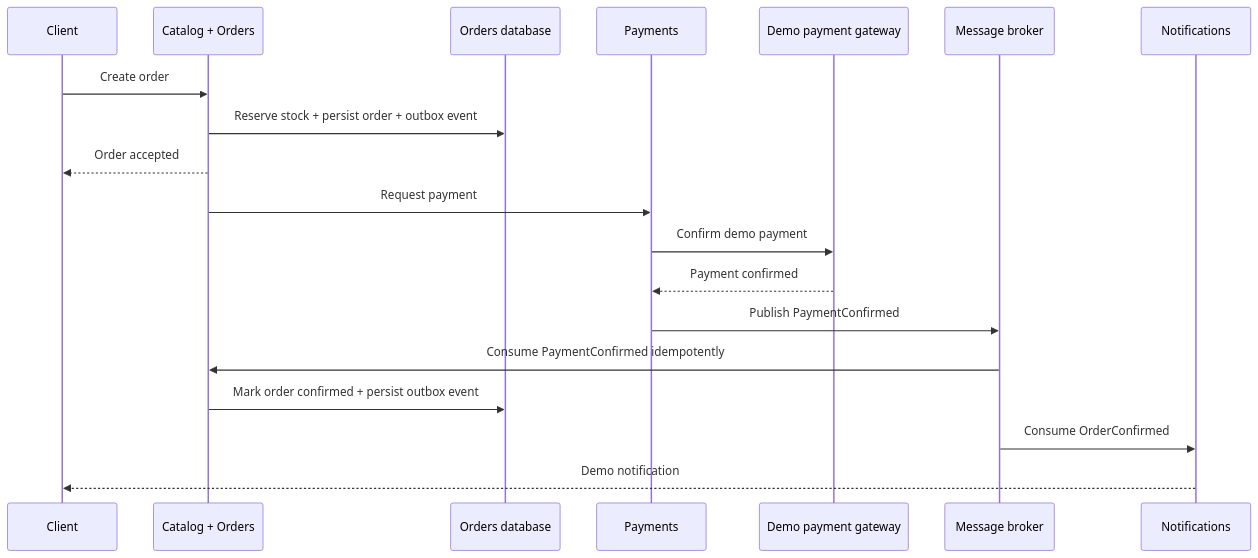
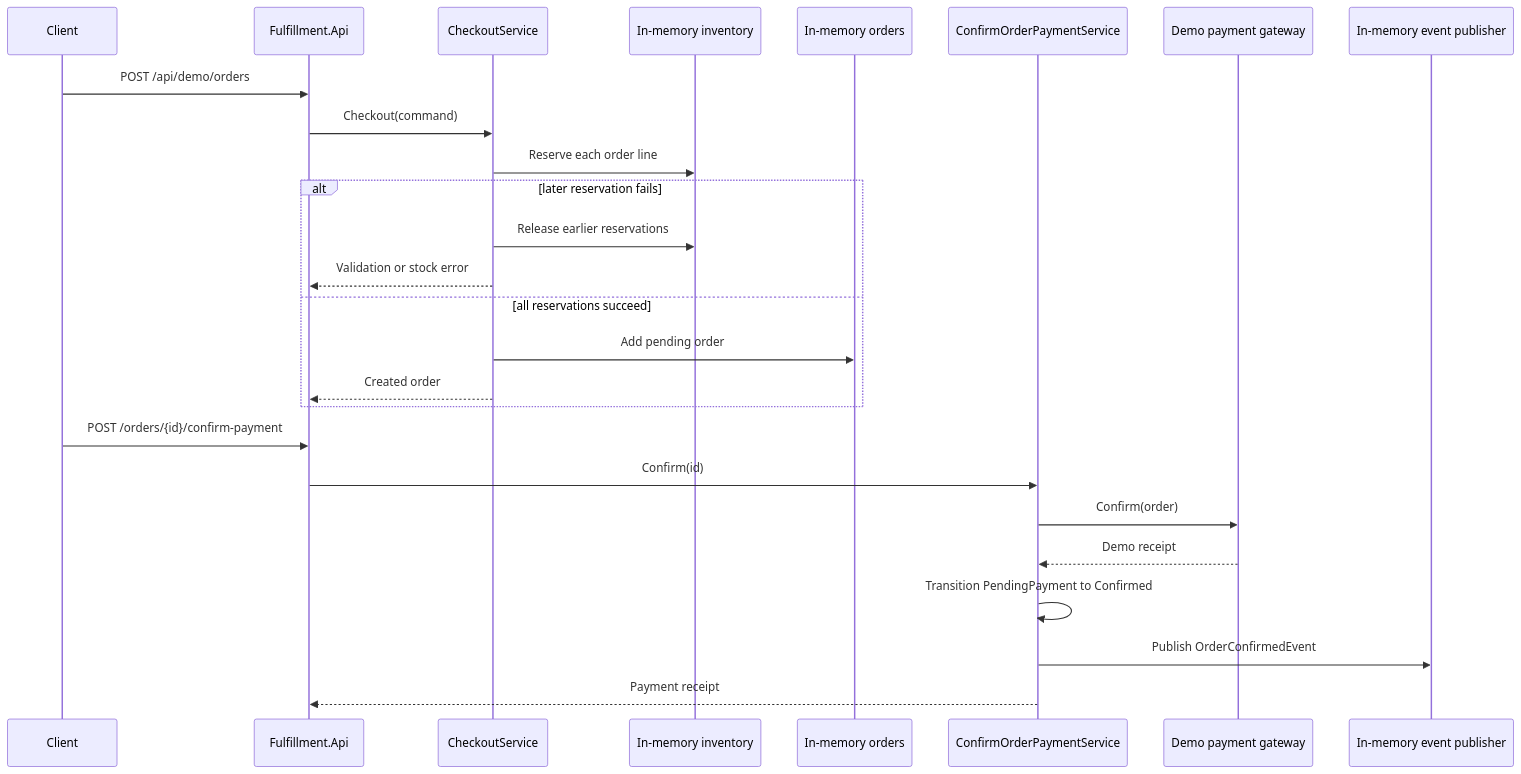
Before and after one commit to 1babii1/fulfillment-platform-backend: the second of 2 diagrams in docs/architecture/overview.md, drawn with Mermaid. The commit also changed other lines of this file and 7 other files, not shown here.

Commit message:
docs(architecture): align implemented capabilities (#15)

````diff
--- a/docs/architecture/overview.md
+++ b/docs/architecture/overview.md
@@ -37,22 +33,29 @@
 ```mermaid
 sequenceDiagram
     participant Client
-    participant Orders as Catalog + Orders
-    participant Db as Orders database
-    participant Payments
+    participant API as Fulfillment.Api
+    participant Checkout as CheckoutService
+    participant Inventory as In-memory inventory
+    participant Orders as In-memory orders
+    participant Payment as ConfirmOrderPaymentService
     participant Gateway as Demo payment gateway
-    participant Broker as Message broker
-    participant Notifications
+    participant Events as In-memory event publisher
 
-    Client->>Orders: Create order
-    Orders->>Db: Reserve stock + persist order + outbox event
-    Orders-->>Client: Order accepted
-    Orders->>Payments: Request payment
-    Payments->>Gateway: Confirm demo payment
-    Gateway-->>Payments: Payment confirmed
-    Payments->>Broker: Publish PaymentConfirmed
-    Broker->>Orders: Consume PaymentConfirmed idempotently
-    Orders->>Db: Mark order confirmed + persist outbox event
-    Broker->>Notifications: Consume OrderConfirmed
-    Notifications-->>Client: Demo notification
+    Client->>API: POST /api/demo/orders
+    API->>Checkout: Checkout(command)
+    Checkout->>Inventory: Reserve each order line
+    alt later reservation fails
+        Checkout->>Inventory: Release earlier reservations
+        Checkout-->>API: Validation or stock error
+    else all reservations succeed
+        Checkout->>Orders: Add pending order
+        Checkout-->>API: Created order
+    end
+    Client->>API: POST /orders/{id}/confirm-payment
+    API->>Payment: Confirm(id)
+    Payment->>Gateway: Confirm(order)
+    Gateway-->>Payment: Demo receipt
+    Payment->>Payment: Transition PendingPayment to Confirmed
+    Payment->>Events: Publish OrderConfirmedEvent
+    Payment-->>API: Payment receipt
 ```
````
